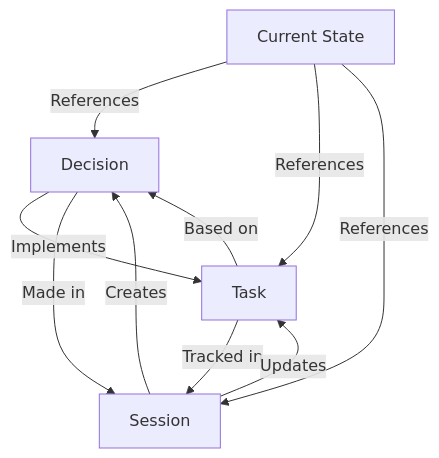
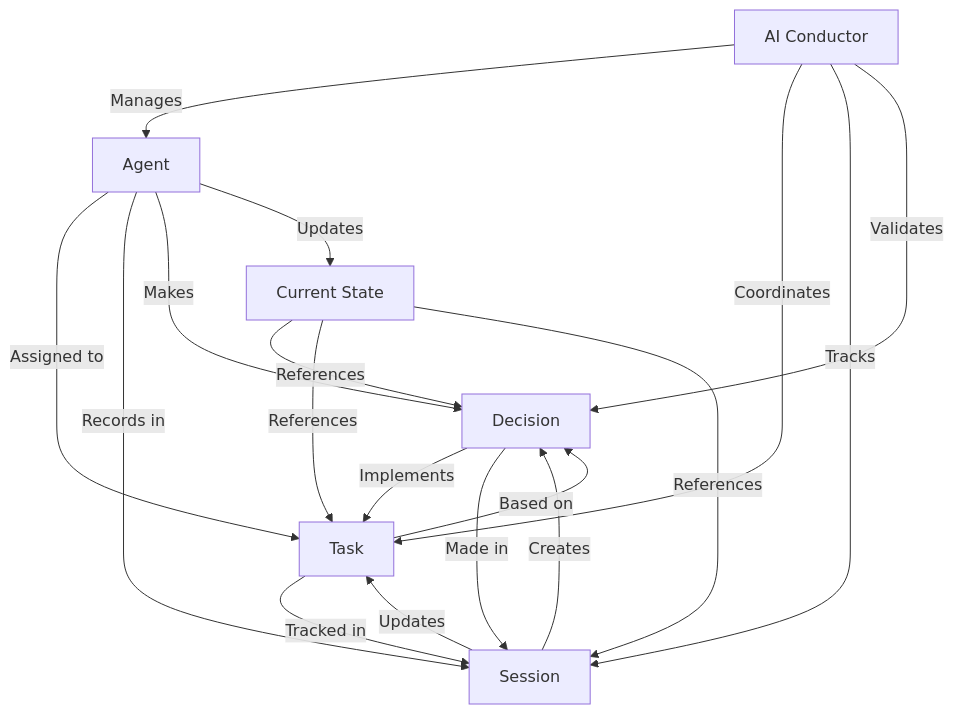
One commit to FixingPixels/Aegis changed the second of 2 diagrams in docs/cross_referencing.md. Above: the diagram before and after it, drawn with Mermaid. The commit also changed other lines of this file and 19 other files, not shown here.

````diff
--- a/docs/cross_referencing.md
+++ b/docs/cross_referencing.md
@@ -82,15 +102,25 @@
 ```mermaid
 graph TD
     D[Decision] -->|Implements| T[Task]
     D -->|Made in| S[Session]
     
     T -->|Tracked in| S
     T -->|Based on| D
     
     S -->|Creates| D
     S -->|Updates| T
     
     C[Current State] -->|References| D
     C -->|References| T
     C -->|References| S
+    
+    A[Agent] -->|Assigned to| T
+    A -->|Records in| S
+    A -->|Makes| D
+    A -->|Updates| C
+    
+    AC[AI Conductor] -->|Manages| A
+    AC -->|Coordinates| T
+    AC -->|Tracks| S
+    AC -->|Validates| D
 ```
````
